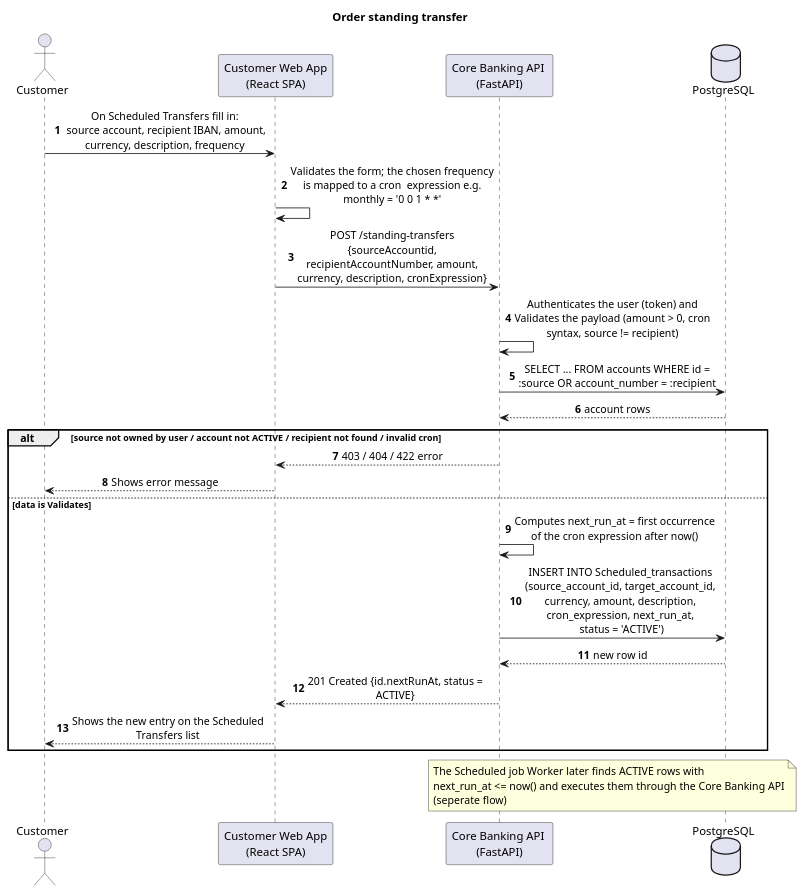
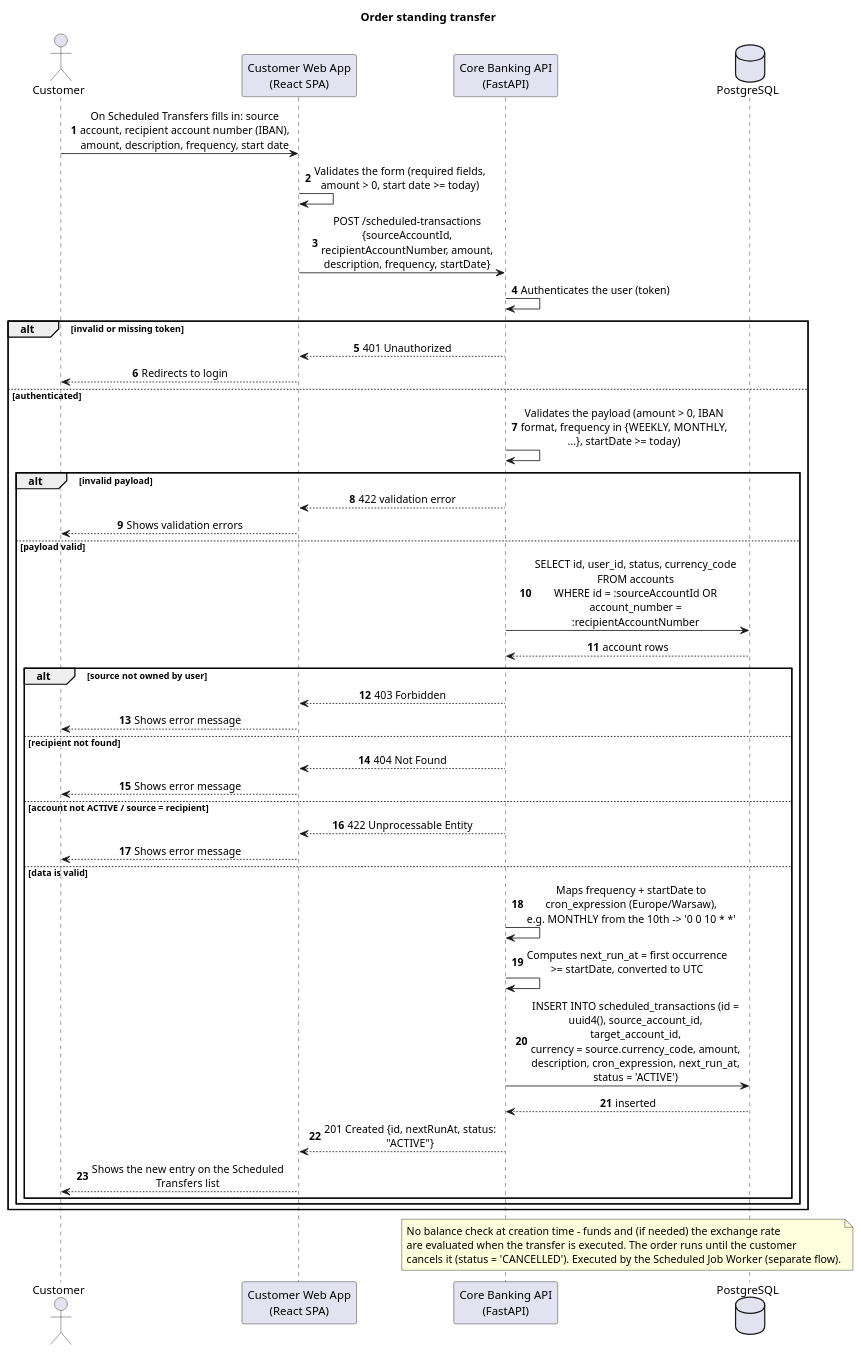
Before and after one commit to K0D1Z/software-engineering-project: the diagram in docs/sequence_diagrams/puml/order_standing_transfer_sequence.puml, drawn with PlantUML. The commit also changed 5 other files, not shown here.

Commit message:
Fix database issue and develop sequence diagrams

```diff
--- a/docs/sequence_diagrams/puml/order_standing_transfer_sequence.puml
+++ b/docs/sequence_diagrams/puml/order_standing_transfer_sequence.puml
@@ -1,32 +1,53 @@
 @startuml
-
 title Order standing transfer
 autonumber
 skinparam sequenceMessageAlign center
 skinparam responseMessageBelowArrow false
 skinparam maxMessageSize 260
 actor "Customer" as customer
-participant "Customer Web App\n(React SPA)" as spa  
-participant "Core Banking API \n(FastAPI)" as api
+participant "Customer Web App\n(React SPA)" as spa
+participant "Core Banking API\n(FastAPI)" as api
 database "PostgreSQL" as db
 
-customer -> spa : On Scheduled Transfers fill in:\n source account, recipient IBAN, amount, currency, description, frequency
-spa -> spa : Validates the form; the chosen frequency is mapped to a cron  expression e.g. monthly = '0 0 1 * *'
-spa -> api : POST /standing-transfers {sourceAccountid, recipientAccountNumber, amount, currency, description, cronExpression}
-api -> api : Authenticates the user (token) and Validates the payload (amount > 0, cron syntax, source != recipient)
-api -> db : SELECT ... FROM accounts WHERE id = :source OR account_number = :recipient
-db --> api : account rows
+customer -> spa : On Scheduled Transfers fills in: source account, recipient account number (IBAN), amount, description, frequency, start date
+spa -> spa : Validates the form (required fields, amount > 0, start date >= today)
+spa -> api : POST /scheduled-transactions {sourceAccountId, recipientAccountNumber, amount, description, frequency, startDate}
+api -> api : Authenticates the user (token)
 
-alt source not owned by user / account not ACTIVE / recipient not found / invalid cron
-api --> spa : 403 / 404 / 422 error
-spa --> customer : Shows error message 
-else data is Validates
-api -> api : Computes next_run_at = first occurrence of the cron expression after now()
-api -> db : INSERT INTO Scheduled_transactions (source_account_id, target_account_id, currency, amount, description, cron_expression, next_run_at,\n status = 'ACTIVE')
-db --> api : new row id
-api --> spa : 201 Created {id.nextRunAt, status = ACTIVE}
-spa --> customer : Shows the new entry on the Scheduled Transfers list
-end 
-Note over api,db : The Scheduled job Worker later finds ACTIVE rows with\nnext_run_at <= now() and executes them through the Core Banking API\n(seperate flow)
+alt invalid or missing token
+    api --> spa : 401 Unauthorized
+    spa --> customer : Redirects to login
+else authenticated
+    api -> api : Validates the payload (amount > 0, IBAN format, frequency in {WEEKLY, MONTHLY, ...}, startDate >= today)
+    alt invalid payload
+        api --> spa : 422 validation error
+        spa --> customer : Shows validation errors
+    else payload valid
+        api -> db : SELECT id, user_id, status, currency_code FROM accounts\nWHERE id = :sourceAccountId OR account_number = :recipientAccountNumber
+        db --> api : account rows
+        alt source not owned by user
+            api --> spa : 403 Forbidden
+            spa --> customer : Shows error message
+        else recipient not found
+            api --> spa : 404 Not Found
+            spa --> customer : Shows error message
+        else account not ACTIVE / source = recipient
+            api --> spa : 422 Unprocessable Entity
+            spa --> customer : Shows error message
+        else data is valid
+            api -> api : Maps frequency + startDate to cron_expression (Europe/Warsaw),\ne.g. MONTHLY from the 10th -> '0 0 10 * *'
+            api -> api : Computes next_run_at = first occurrence >= startDate, converted to UTC
+            api -> db : INSERT INTO scheduled_transactions (id = uuid4(), source_account_id, target_account_id,\ncurrency = source.currency_code, amount, description, cron_expression, next_run_at, status = 'ACTIVE')
+            db --> api : inserted
+            api --> spa : 201 Created {id, nextRunAt, status: "ACTIVE"}
+            spa --> customer : Shows the new entry on the Scheduled Transfers list
+        end
+    end
+end
 
+note over api, db
+No balance check at creation time - funds and (if needed) the exchange rate
+are evaluated when the transfer is executed. The order runs until the customer
+cancels it (status = 'CANCELLED'). Executed by the Scheduled Job Worker (separate flow).
+end note
 @enduml
```
